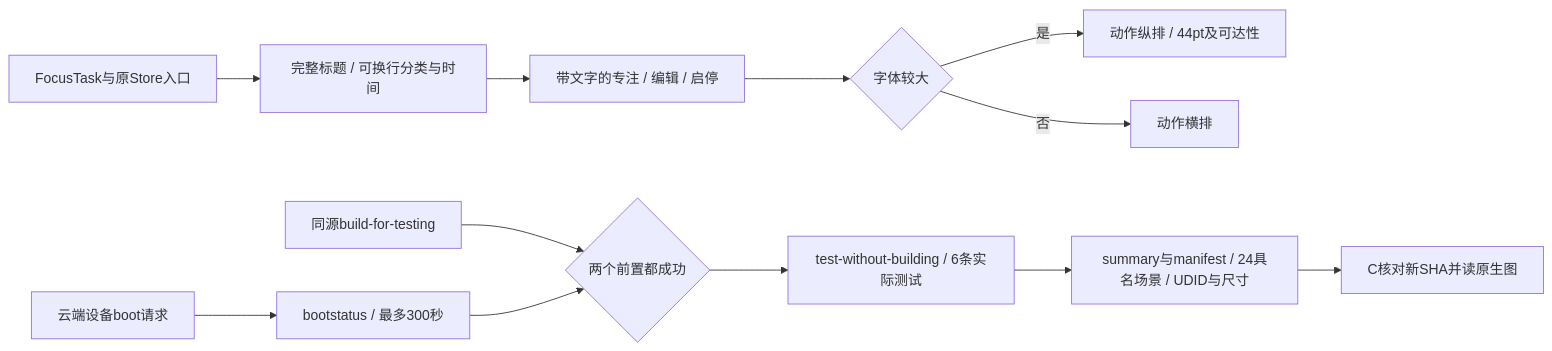
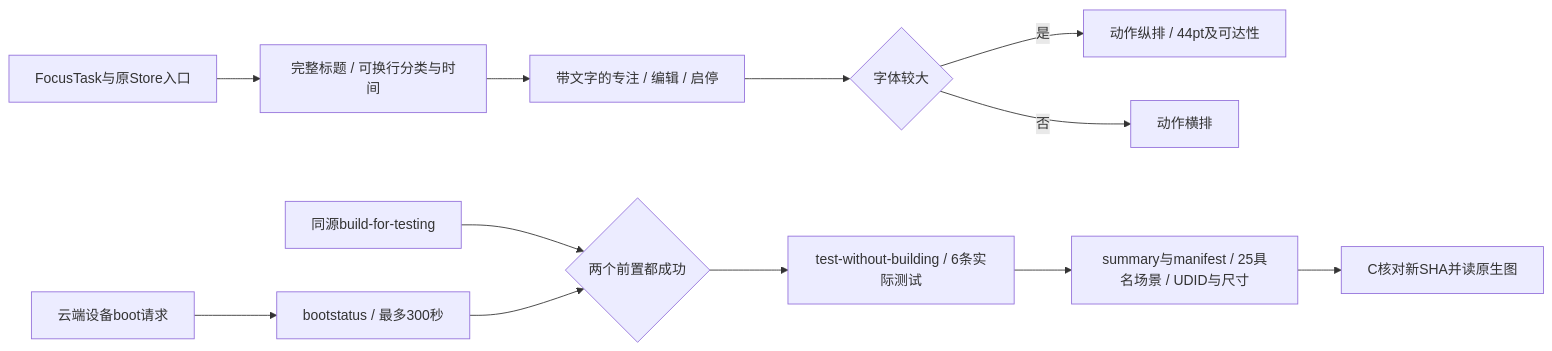
Before and after one commit to Altman-sam114/114: the first of 13 diagrams in md/flow/flowchart.md, drawn with Mermaid. The commit also changed other lines of this file and 13 other files, not shown here.

Commit message:
v1.9: 适配大字体日历并验证真实编译图标

````diff
--- a/md/flow/flowchart.md
+++ b/md/flow/flowchart.md
@@ -5,14 +5,14 @@
 ```mermaid
 flowchart LR
   TASK[FocusTask与原Store入口] --> CONTENT[完整标题 / 可换行分类与时间]
   CONTENT --> ACTION[带文字的专注 / 编辑 / 启停]
   ACTION --> SIZE{字体较大}
   SIZE -->|是| COLUMN[动作纵排 / 44pt及可达性]
   SIZE -->|否| ROW[动作横排]
   BOOT[云端设备boot请求] --> READY[bootstatus / 最多300秒]
   BUILD[同源build-for-testing] --> BOTH{两个前置都成功}
   READY --> BOTH
   BOTH --> RUN[test-without-building / 6条实际测试]
-  RUN --> BIND[summary与manifest / 24具名场景 / UDID与尺寸]
+  RUN --> BIND[summary与manifest / 25具名场景 / UDID与尺寸]
   BIND --> REVIEW[C核对新SHA并读原生图]
 ```
````
